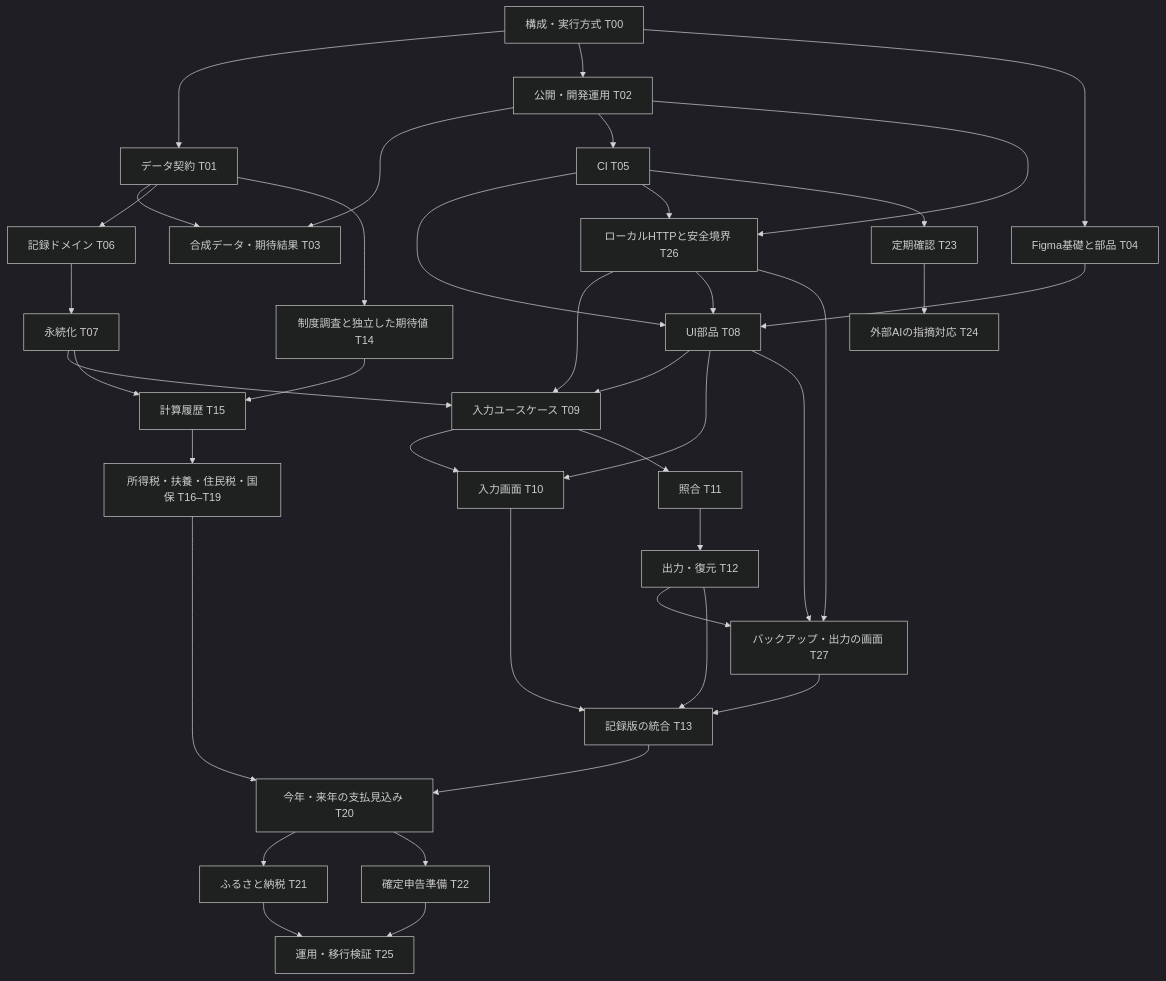
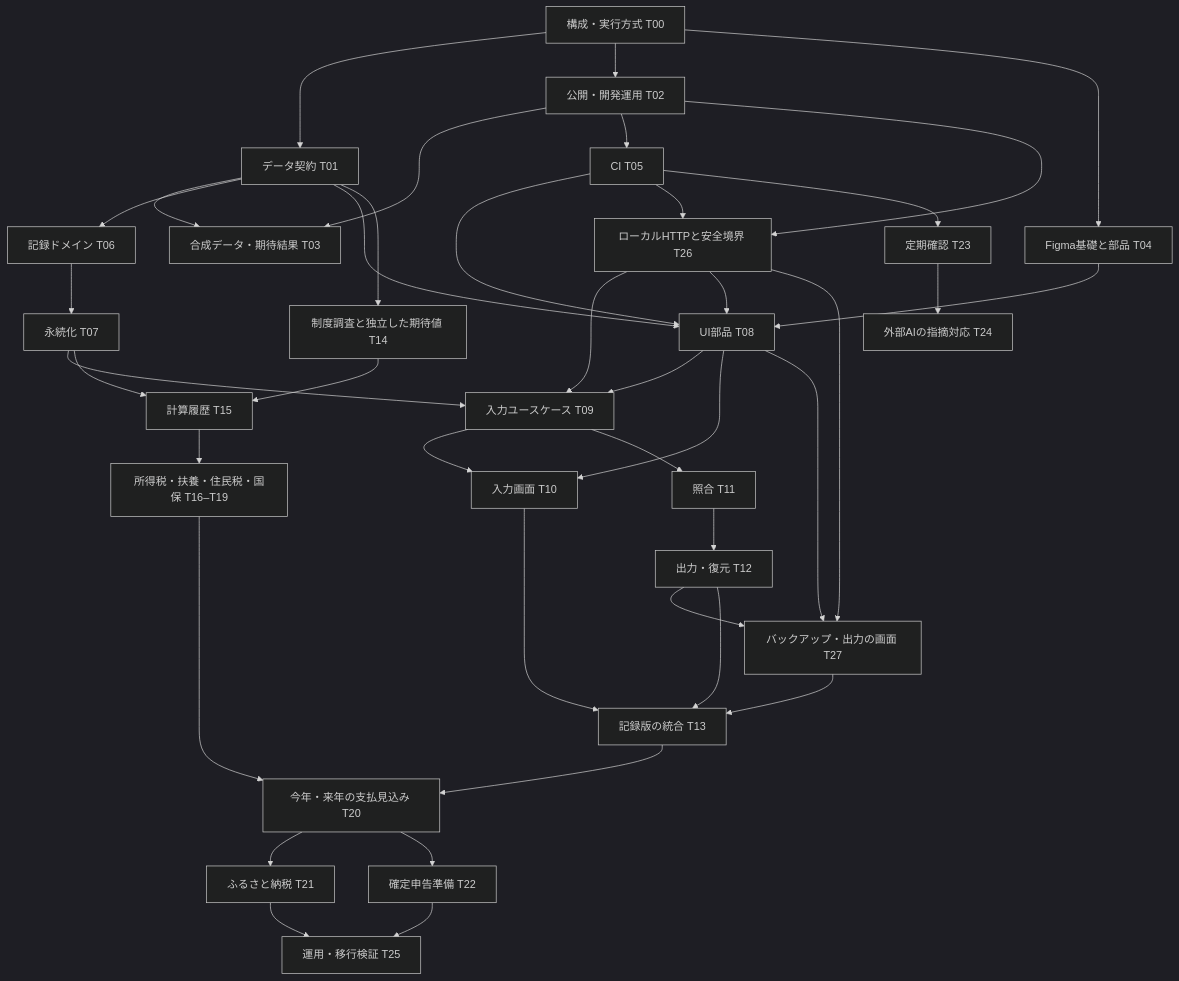
One commit to doc-gif/kurashi-ledger changed the diagram in docs/implementation-plan.md. Above: the diagram before and after it, drawn with Mermaid (dark theme). The commit also changed other lines of this file and 3 other files, not shown here.

````diff
--- a/docs/implementation-plan.md
+++ b/docs/implementation-plan.md
@@ -28,41 +28,42 @@
 ```mermaid
 flowchart TD
   T00[構成・実行方式 T00] --> T01[データ契約 T01]
   T00 --> T02[公開・開発運用 T02]
   T01 --> T03[合成データ・期待結果 T03]
   T02 --> T03
   T01 --> T06[記録ドメイン T06]
   T00 --> T04[Figma基礎と部品 T04]
   T04 --> T08[UI部品 T08]
+  T01 --> T08
   T02 --> T05[CI T05]
   T05 --> T08
   T06 --> T07[永続化 T07]
   T07 --> T09[入力ユースケース T09]
   T02 --> T26[ローカルHTTPと安全境界 T26]
   T05 --> T26
   T26 --> T09
   T08 --> T09
   T26 --> T08
   T09 --> T10[入力画面 T10]
   T08 --> T10
   T09 --> T11[照合 T11]
   T11 --> T12[出力・復元 T12]
   T08 --> T27[バックアップ・出力の画面 T27]
   T12 --> T27
   T26 --> T27
   T10 --> T13[記録版の統合 T13]
   T12 --> T13
   T27 --> T13
   T01 --> T14[制度調査と独立した期待値 T14]
   T14 --> T15[計算履歴 T15]
   T07 --> T15
   T15 --> CALC[所得税・扶養・住民税・国保 T16–T19]
   CALC --> T20[今年・来年の支払見込み T20]
   T13 --> T20
   T20 --> T21[ふるさと納税 T21]
   T20 --> T22[確定申告準備 T22]
   T05 --> T23[定期確認 T23]
   T23 --> T24[外部AIの指摘対応 T24]
   T21 --> T25[運用・移行検証 T25]
   T22 --> T25
 ```
````
